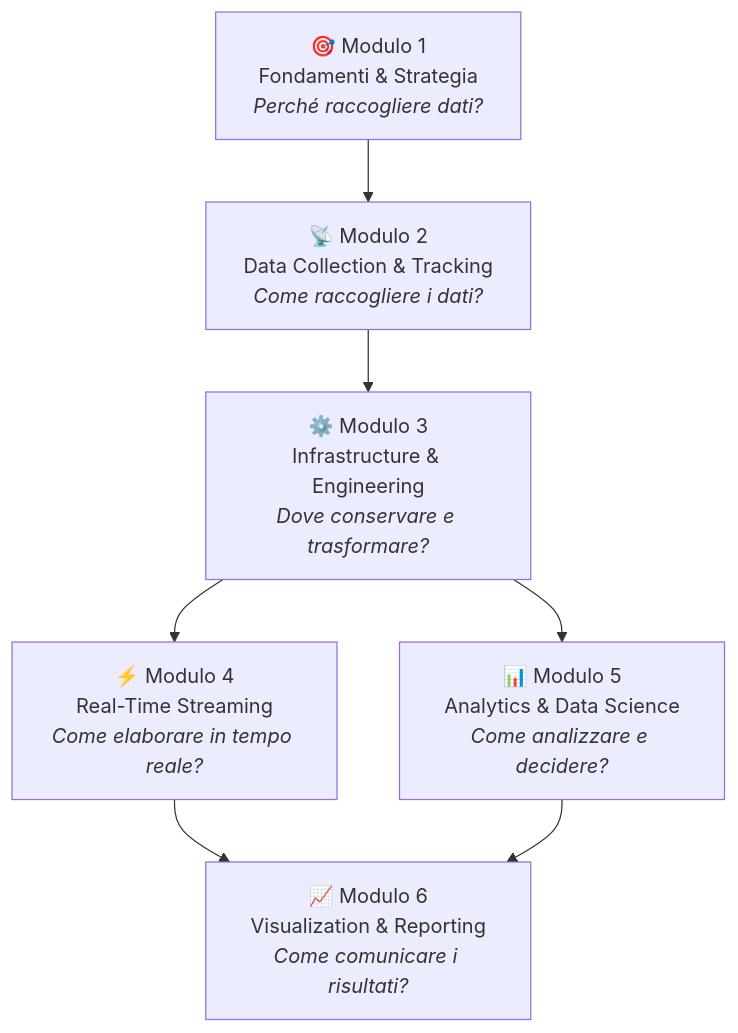
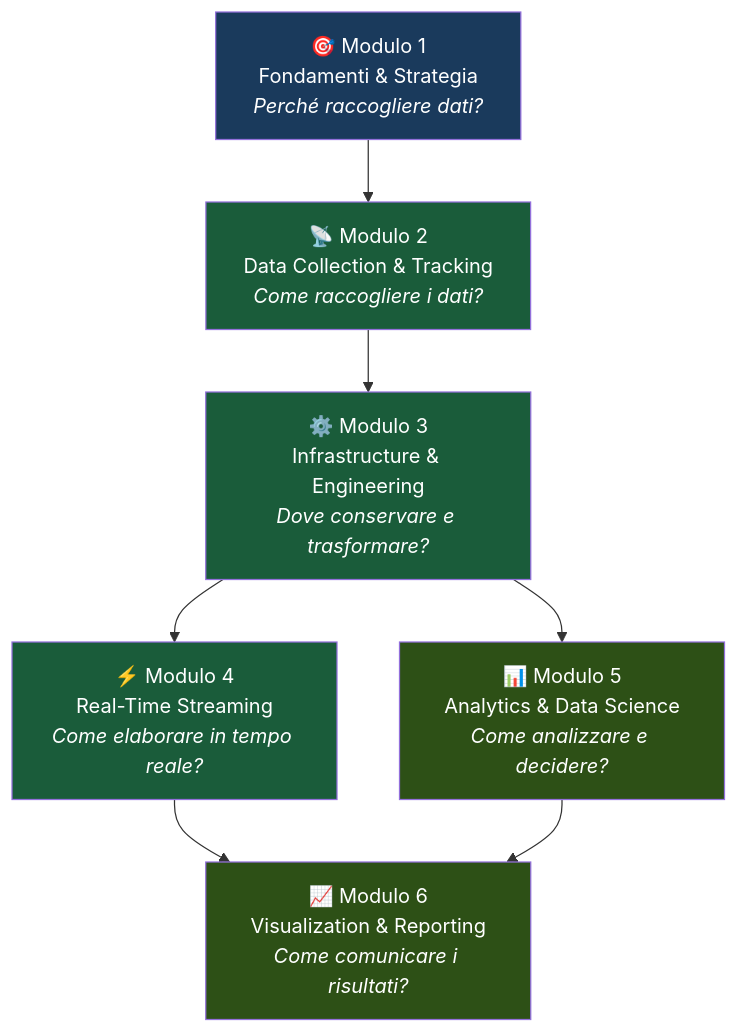
Before and after one commit to AndreyBertasini/gynnitech: the first of 4 diagrams in src/content/corso/panoramica/mappe-concettuali.mdx, drawn with Mermaid. The commit also changed other lines of this file and 21 other files, not shown here.

First line of the commit message:
style: applica color scheme semantico a tutti i diagrammi Mermaid del corso

````diff
--- a/src/content/corso/panoramica/mappe-concettuali.mdx
+++ b/src/content/corso/panoramica/mappe-concettuali.mdx
@@ -18,10 +18,16 @@
 ```mermaid
 graph TD
-    M1["🎯 Modulo 1<br>Fondamenti & Strategia<br><i>Perché raccogliere dati?</i>"] 
+    M1["🎯 Modulo 1<br>Fondamenti & Strategia<br><i>Perché raccogliere dati?</i>"]
     --> M2["📡 Modulo 2<br>Data Collection & Tracking<br><i>Come raccogliere i dati?</i>"]
     M2 --> M3["⚙️ Modulo 3<br>Infrastructure & Engineering<br><i>Dove conservare e trasformare?</i>"]
     M3 --> M4["⚡ Modulo 4<br>Real-Time Streaming<br><i>Come elaborare in tempo reale?</i>"]
     M3 --> M5["📊 Modulo 5<br>Analytics & Data Science<br><i>Come analizzare e decidere?</i>"]
     M4 --> M6["📈 Modulo 6<br>Visualization & Reporting<br><i>Come comunicare i risultati?</i>"]
     M5 --> M6
+    style M1 fill:#1a3a5c,color:#ffffff
+    style M2 fill:#1a5c3a,color:#ffffff
+    style M3 fill:#1a5c3a,color:#ffffff
+    style M4 fill:#1a5c3a,color:#ffffff
+    style M5 fill:#2d5016,color:#ffffff
+    style M6 fill:#2d5016,color:#ffffff
 ```
````
